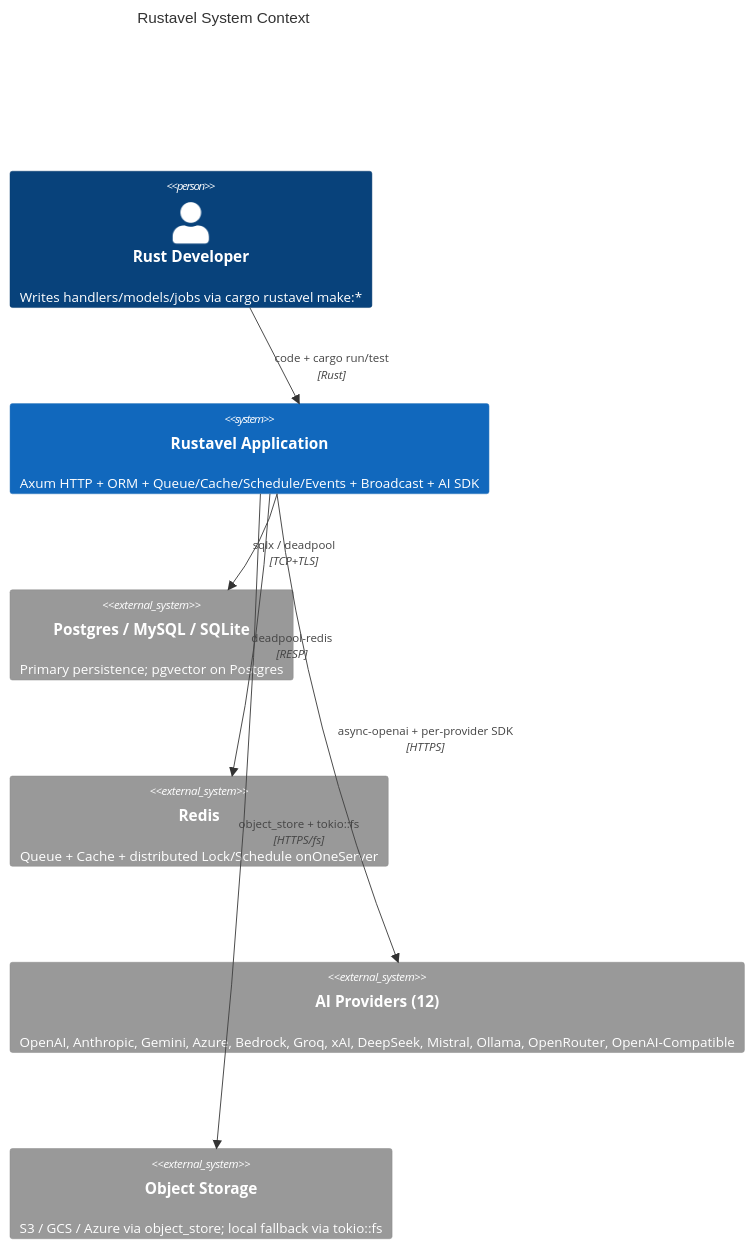
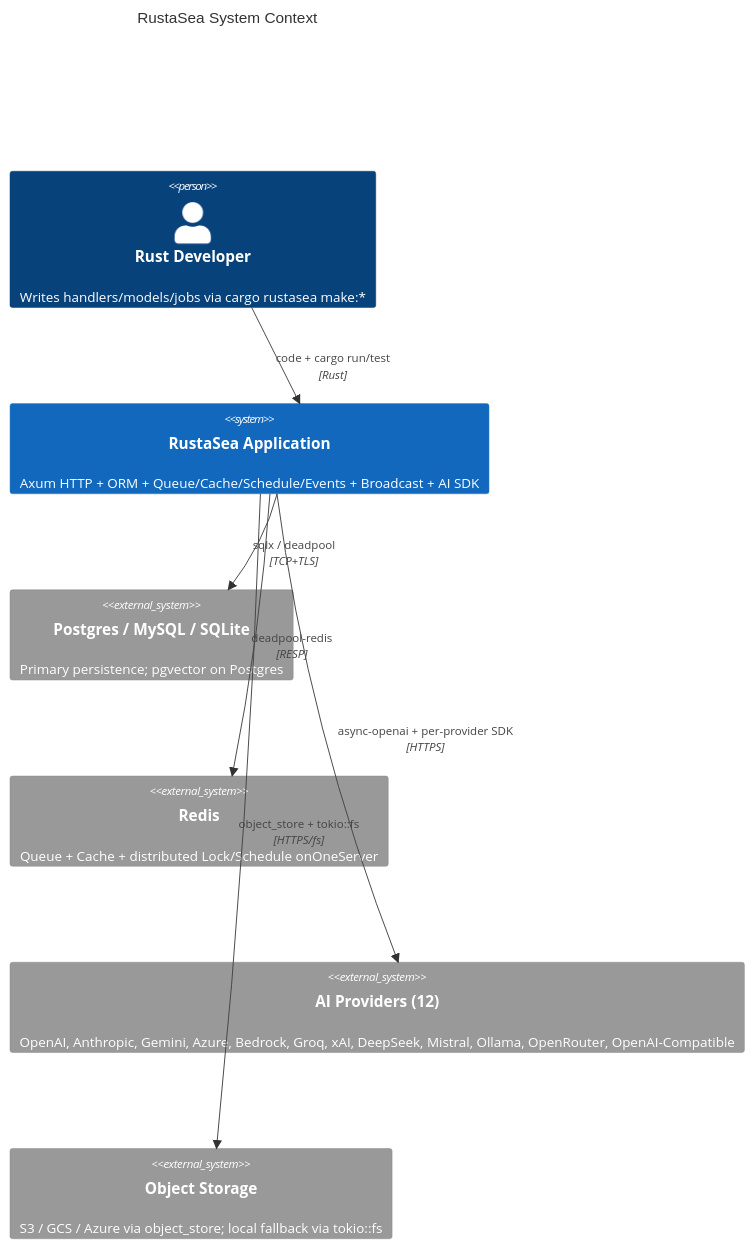
Before and after one commit to rustasea/rustasea: the first of 4 diagrams in .agents/documents/design/architecture.md, drawn with Mermaid. The commit also changed other lines of this file and 405 other files, not shown here.

First line of the commit message:
refactor: rebrand Rustavel → RustaSea

````diff
--- a/.agents/documents/design/architecture.md
+++ b/.agents/documents/design/architecture.md
@@ -26,15 +26,15 @@
 ```mermaid
 C4Context
-title Rustavel System Context
-Person(dev, "Rust Developer", "Writes handlers/models/jobs via cargo rustavel make:*")
-System(rustavel, "Rustavel Application", "Axum HTTP + ORM + Queue/Cache/Schedule/Events + Broadcast + AI SDK")
+title RustaSea System Context
+Person(dev, "Rust Developer", "Writes handlers/models/jobs via cargo rustasea make:*")
+System(rustasea, "RustaSea Application", "Axum HTTP + ORM + Queue/Cache/Schedule/Events + Broadcast + AI SDK")
 System_Ext(db, "Postgres / MySQL / SQLite", "Primary persistence; pgvector on Postgres")
 System_Ext(redis, "Redis", "Queue + Cache + distributed Lock/Schedule onOneServer")
 System_Ext(provider, "AI Providers (12)", "OpenAI, Anthropic, Gemini, Azure, Bedrock, Groq, xAI, DeepSeek, Mistral, Ollama, OpenRouter, OpenAI-Compatible")
 System_Ext(s3, "Object Storage", "S3 / GCS / Azure via object_store; local fallback via tokio::fs")
-Rel(dev, rustavel, "code + cargo run/test", "Rust")
-Rel(rustavel, db, "sqlx / deadpool", "TCP+TLS")
-Rel(rustavel, redis, "deadpool-redis", "RESP")
-Rel(rustavel, provider, "async-openai + per-provider SDK", "HTTPS")
-Rel(rustavel, s3, "object_store + tokio::fs", "HTTPS/fs")
+Rel(dev, rustasea, "code + cargo run/test", "Rust")
+Rel(rustasea, db, "sqlx / deadpool", "TCP+TLS")
+Rel(rustasea, redis, "deadpool-redis", "RESP")
+Rel(rustasea, provider, "async-openai + per-provider SDK", "HTTPS")
+Rel(rustasea, s3, "object_store + tokio::fs", "HTTPS/fs")
 ```
````
